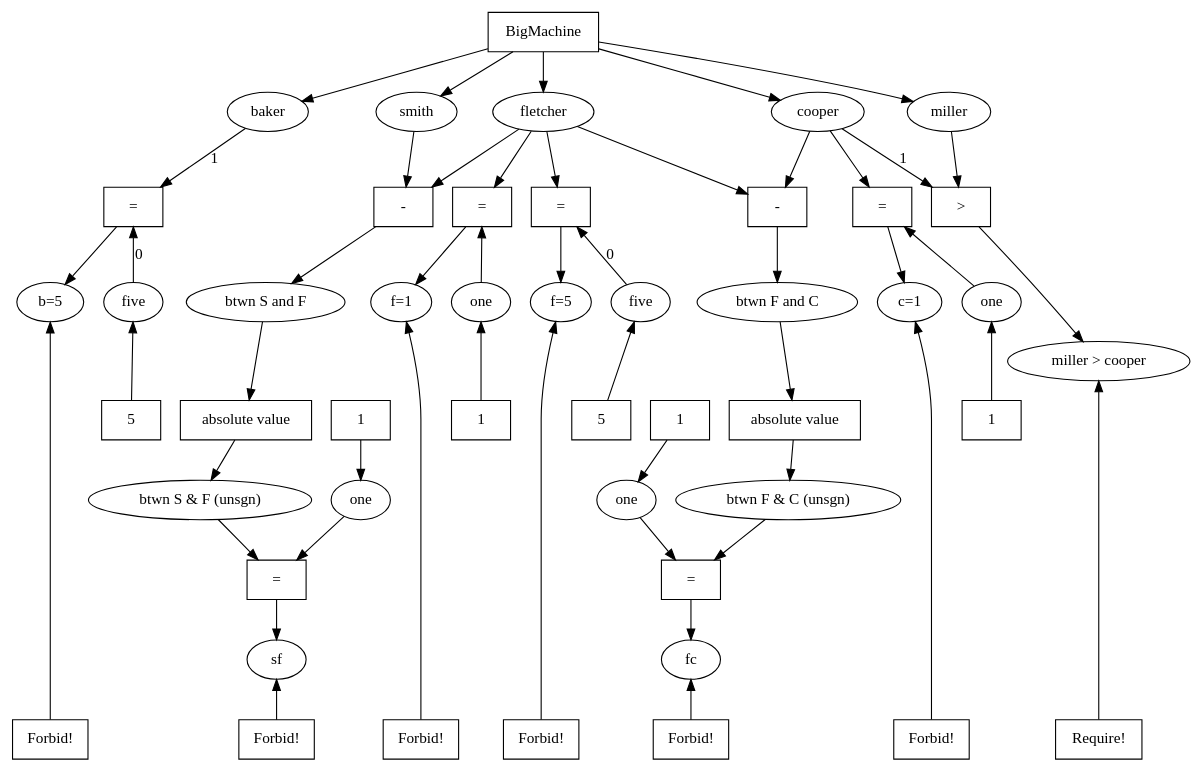
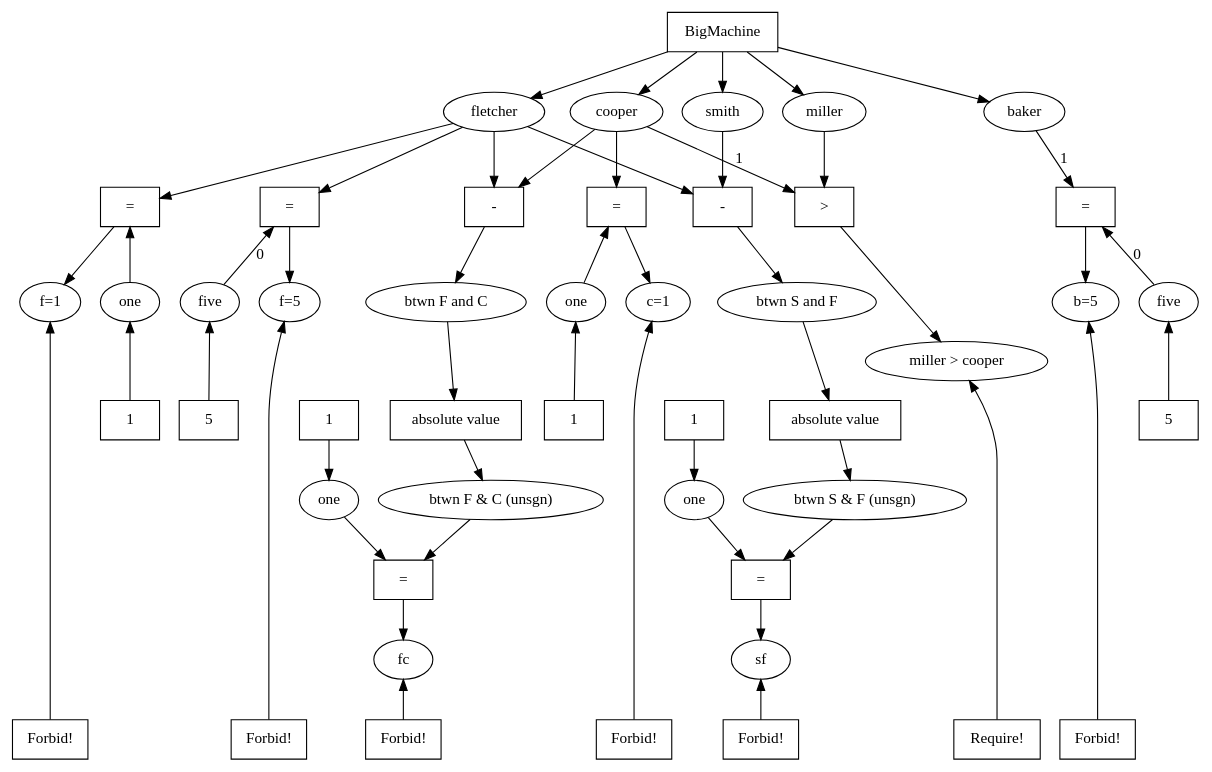
One commit to ProjectMAC/propagators changed the diagram in explorations/graphics/mdonemachine.dot. Above: the diagram before and after it, drawn with Graphviz.

Commit message:
moved around some order -- trying to get miller>cooper in middle, not succeeding except for that, quite good

```diff
--- a/explorations/graphics/mdonemachine.dot
+++ b/explorations/graphics/mdonemachine.dot
@@ -1,119 +1,121 @@
 digraph G {
   ratio=fill;
+  "(variable) 15" [label="fletcher", shape="ellipse", rank="people" ];
+  "(variable) 21" [label="smith", shape="ellipse", rank="people" ];
   "(variable) 11" [label="baker", shape="ellipse", rank="people" ];
-  "(variable) 21" [label="smith", shape="ellipse", rank="people" ];
   "(variable) 19" [label="miller", shape="ellipse", rank="people" ];
-  "(variable) 15" [label="fletcher", shape="ellipse", rank="people" ];
   "(variable) 17" [label="cooper", shape="ellipse", rank="people" ];
 
 
   "(propagator) 12" [label="=", shape="box" ];
    { rank=same; "(propagator) 12"; "(propagator) 34"; "(propagator) 37"; "(propagator) 14"; "(propagator) 18";  };
    { rank=same; "(variable) 130"; "(variable) 131"; "(variable) 238"; "(variable) 241" }; 
    { rank=same; "(propagator) 240"; "(propagator) 241"; "(propagator) 401"; "(propagator) 402"; "(propagator) 403"; };
 
   "(propagator) 240" [label="5", shape="box" ];
   "(variable) 130" -> "(propagator) 240" [label="", dir=back, ];
   "(variable) 130" [label="five", shape="ellipse" ];
   "(propagator) 241" [label="5", shape="box" ];
   "(variable) 131" -> "(propagator) 241" [label="", dir=back, ];
   "(variable) 131" [label="five", shape="ellipse" ];
 
   "(variable) 130" -> "(propagator) 12" [label=0 ];
   "(variable) 131" -> "(propagator) 14" [label=0 ];
 
+  "(propagator) 18" [label=">", shape="box" ];
+  "(variable) 19" -> "(propagator) 18" [label="" ];
+  "(variable) 17" -> "(propagator) 18" [label=1 ];
+  "(propagator) 18" -> "(variable) 145" [label="" ];
+  "(variable) 145" [label="miller > cooper", shape="ellipse" ];
+  "(propagator) 146" [label="Require!", shape="box" ];
+  "(propagator) 146" -> "(variable) 145" [label="" ];
+
+
+
   "(propagator) 14" [label="=", shape="box" ];
   "(variable) 15" -> "(propagator) 14" [label="" ];
   "(propagator) 16" [label="-", shape="box" ];
   "(variable) 15" -> "(propagator) 16" [label="" ];
   "(variable) 17" -> "(propagator) 16" [label="" ];
-  "(propagator) 18" [label=">", shape="box" ];
-  "(variable) 19" -> "(propagator) 18" [label="" ];
    { rank=same; "(variable) 11"; "(variable) 15"; "(variable) 17"; "(variable) 19"; "(variable) 21" }; 
   "(propagator) 22" [label="-", shape="box" ];
   "(variable) 21" -> "(propagator) 22" [label="" ];
   "(variable) 15" -> "(propagator) 22" [label="" ];
   "(propagator) 22" -> "(variable) 23" [label="" ];
   "(variable) 23" [label="btwn S and F", shape="ellipse" ];
   "(propagator) 24" [label="absolute value", shape="box" ];
   "(variable) 23" -> "(propagator) 24" [label="" ];
   "(propagator) 24" -> "(variable) 25" [label="" ];
   "(variable) 25" [label="btwn S & F (unsgn)", shape="ellipse" ];
   "(propagator) 26" [label="=", shape="box" ];
   "(variable) 207" -> "(propagator) 26" [label="" ];
    { rank=same; "(variable) 209"; "(variable) 210"; "(variable) 35"; "(variable) 38" }; 
 
   "(propagator) 400" [label="1", shape="box" ];
   "(propagator) 400" -> "(variable) 207" [label="" ];
   "(variable) 207" [label="one", shape="ellipse" ];
   "(propagator) 401" [label="1", shape="box" ];
   "(propagator) 401" -> "(variable) 208" [label="" ];
   "(variable) 208" [label="one", shape="ellipse" ];
   "(propagator) 402" [label="1", shape="box" ];
    "(variable) 209" -> "(propagator) 402" [label="", dir=back, ];
   "(variable) 209" [label="one", shape="ellipse" ];
   "(propagator) 403" [label="1", shape="box" ];
   "(variable) 210" -> "(propagator) 403"  [label="", dir=back ];
   "(variable) 210" [label="one", shape="ellipse" ];
 
   "(propagator) 28" [label="=", shape="box" ];
   "(variable) 208" -> "(propagator) 28" [label="" ];
   "(variable) 29" -> "(propagator) 28" [label="" ];
   "(variable) 29" [label="btwn F & C (unsgn)", shape="ellipse" ];
   "(propagator) 30" [label="absolute value", shape="box" ];
   "(variable) 31" -> "(propagator) 30" [label="" ];
   "(variable) 31" [label="btwn F and C", shape="ellipse" ];
   "(propagator) 30" -> "(variable) 29" [label="" ];
   "(propagator) 28" -> "(variable) 32" [label="" ];
   "(variable) 32" [label="fc", shape="ellipse" ];
    { rank=max; "(propagator) 33"; "(propagator) 36"; "(propagator) 39"; "(propagator) 42"; "(propagator) 146"; "(propagator) 239"; "(propagator) 242" };
   "(propagator) 33" [label="Forbid!", shape="box", rank="forbid" ];
   "(propagator) 33" -> "(variable) 32" [label="" ];
   "(variable) 15" -> "(propagator) 34" [label="" ];
 
 subgraph cluster_0 {
                 label = "f_one";	
   "(propagator) 34" [label="=", shape="box" ];
   "(variable) 209" -> "(propagator) 34" [label="" ];
   "(propagator) 34" -> "(variable) 35" [label="" ];
   "(variable) 35" [label="f=1", shape="ellipse" ];
   "(propagator) 36" [label="Forbid!", shape="box", rank="forbid" ];
   "(propagator) 36" -> "(variable) 35" [label="" ];
+	}
   "(propagator) 37" [label="=", shape="box" ];
-	}
   "(variable) 210" -> "(propagator) 37" [label="" ];
   "(variable) 17" -> "(propagator) 37" [label="" ];
   "(propagator) 37" -> "(variable) 38" [label="" ];
   "(variable) 38" [label="c=1", shape="ellipse" ];
   "(propagator) 39" [label="Forbid!", shape="box", rank="forbid" ];
   "(propagator) 39" -> "(variable) 38" [label="" ];
   "(variable) 25" -> "(propagator) 26" [label="" ];
   "(propagator) 26" -> "(variable) 41" [label="" ];
   "(variable) 41" [label="sf", shape="ellipse" ];
   "(propagator) 42" [label="Forbid!", shape="box", rank="forbid" ];
   "(propagator) 42" -> "(variable) 41" [label="" ];
 
   "(propagator) 57" [label="BigMachine", shape="box" ];
   "(propagator) 57" -> "(variable) 21" [label="" ];
   "(propagator) 57" -> "(variable) 19" [label="" ];
   "(propagator) 57" -> "(variable) 17" [label="" ];
   "(propagator) 57" -> "(variable) 15" [label="" ];
   "(propagator) 57" -> "(variable) 11" [label="" ];
 
-
-  "(variable) 17" -> "(propagator) 18" [label=1 ];
-  "(propagator) 18" -> "(variable) 145" [label="" ];
-  "(variable) 145" [label="miller > cooper", shape="ellipse" ];
-  "(propagator) 146" [label="Require!", shape="box" ];
-  "(propagator) 146" -> "(variable) 145" [label="" ];
   "(propagator) 16" -> "(variable) 31" [label="" ];
   "(propagator) 14" -> "(variable) 238" [label="" ];
   "(variable) 238" [label="f=5", shape="ellipse" ];
   "(propagator) 239" [label="Forbid!", shape="box", rank="forbid" ];
   "(propagator) 239" -> "(variable) 238" [label="" ];
   "(variable) 11" -> "(propagator) 12" [label=1 ];
   "(propagator) 12" -> "(variable) 241" [label="" ];
   "(variable) 241" [label="b=5", shape="ellipse" ];
   "(propagator) 242" [label="Forbid!", shape="box", rank="forbid" ];
   "(propagator) 242" -> "(variable) 241" [label="" ];
 }
```
